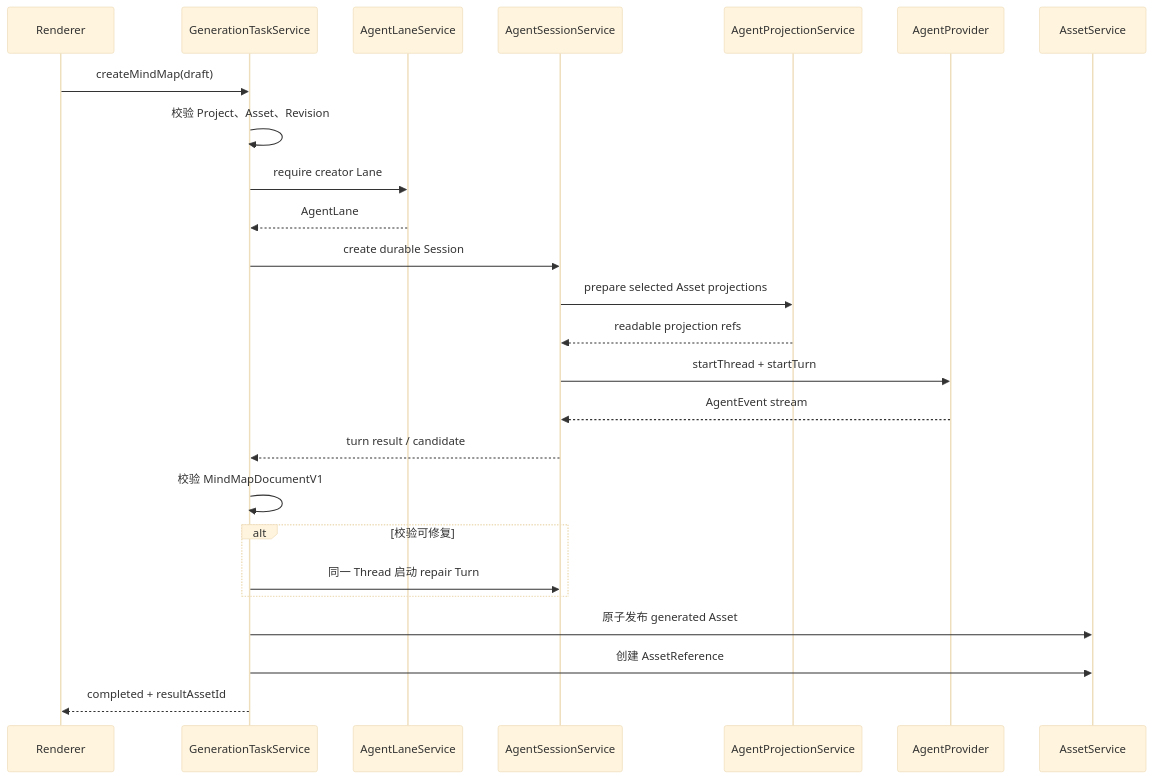
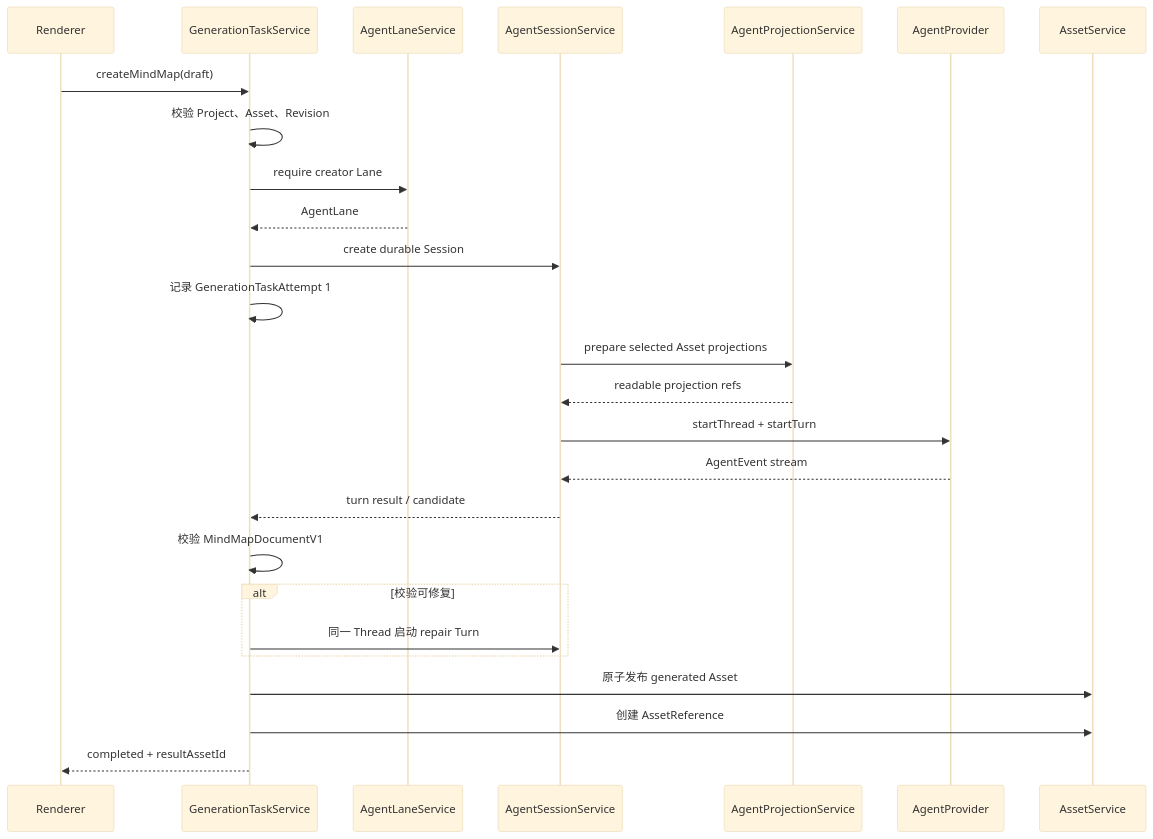
The second of 2 diagrams in docs/superpowers/specs/2026-08-03-agent-lane-session-and-generation-runtime-design.md (wu-tian807/learning-companion), drawn with Mermaid (base theme) before and after one commit. The commit also changed other lines of this file and 1 other file, not shown here.

````diff
--- a/docs/superpowers/specs/2026-08-03-agent-lane-session-and-generation-runtime-design.md
+++ b/docs/superpowers/specs/2026-08-03-agent-lane-session-and-generation-runtime-design.md
@@ -657,28 +692,29 @@
 ```mermaid
 sequenceDiagram
     participant UI as Renderer
     participant Task as GenerationTaskService
     participant Lane as AgentLaneService
     participant Session as AgentSessionService
     participant Projection as AgentProjectionService
     participant Provider as AgentProvider
     participant Asset as AssetService
 
     UI->>Task: createMindMap(draft)
     Task->>Task: 校验 Project、Asset、Revision
     Task->>Lane: require creator Lane
     Lane-->>Task: AgentLane
     Task->>Session: create durable Session
+    Task->>Task: 记录 GenerationTaskAttempt 1
     Session->>Projection: prepare selected Asset projections
     Projection-->>Session: readable projection refs
     Session->>Provider: startThread + startTurn
     Provider-->>Session: AgentEvent stream
     Session-->>Task: turn result / candidate
     Task->>Task: 校验 MindMapDocumentV1
     alt 校验可修复
         Task->>Session: 同一 Thread 启动 repair Turn
     end
     Task->>Asset: 原子发布 generated Asset
     Task->>Asset: 创建 AssetReference
     Task-->>UI: completed + resultAssetId
 ```
````
